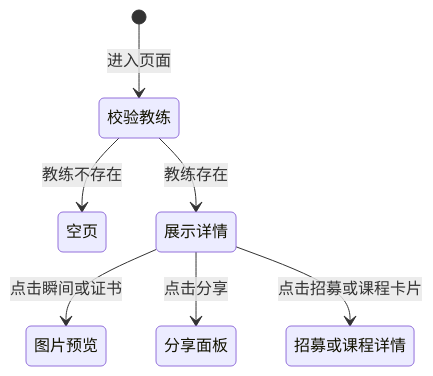
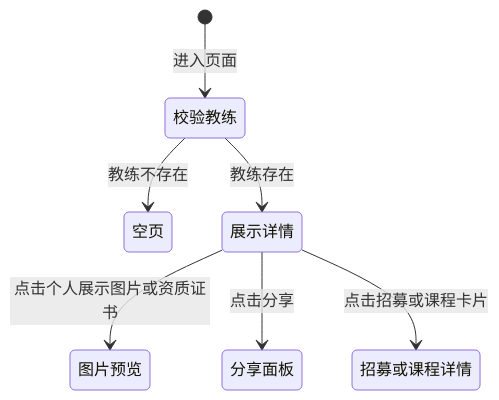
Before and after one commit to cgd1093702532-star/personal-site: the diagram in docs/miniprogram/pages/英雄详情.md, drawn with Mermaid. The commit also changed other lines of this file and 113 other files, not shown here.

First line of the commit message:
feat: 预览总览大全、配图防丢与报名名单/禁用弹窗等体验更新

````diff
--- a/docs/miniprogram/pages/英雄详情.md
+++ b/docs/miniprogram/pages/英雄详情.md
@@ -135,9 +216,9 @@
 ```mermaid
 stateDiagram-v2
   [*] --> 校验教练: 进入页面
   校验教练 --> 空页: 教练不存在
   校验教练 --> 展示详情: 教练存在
-  展示详情 --> 图片预览: 点击瞬间或证书
+  展示详情 --> 图片预览: 点击个人展示图片或资质证书
   展示详情 --> 分享面板: 点击分享
   展示详情 --> 招募或课程详情: 点击招募或课程卡片
 ```
````
